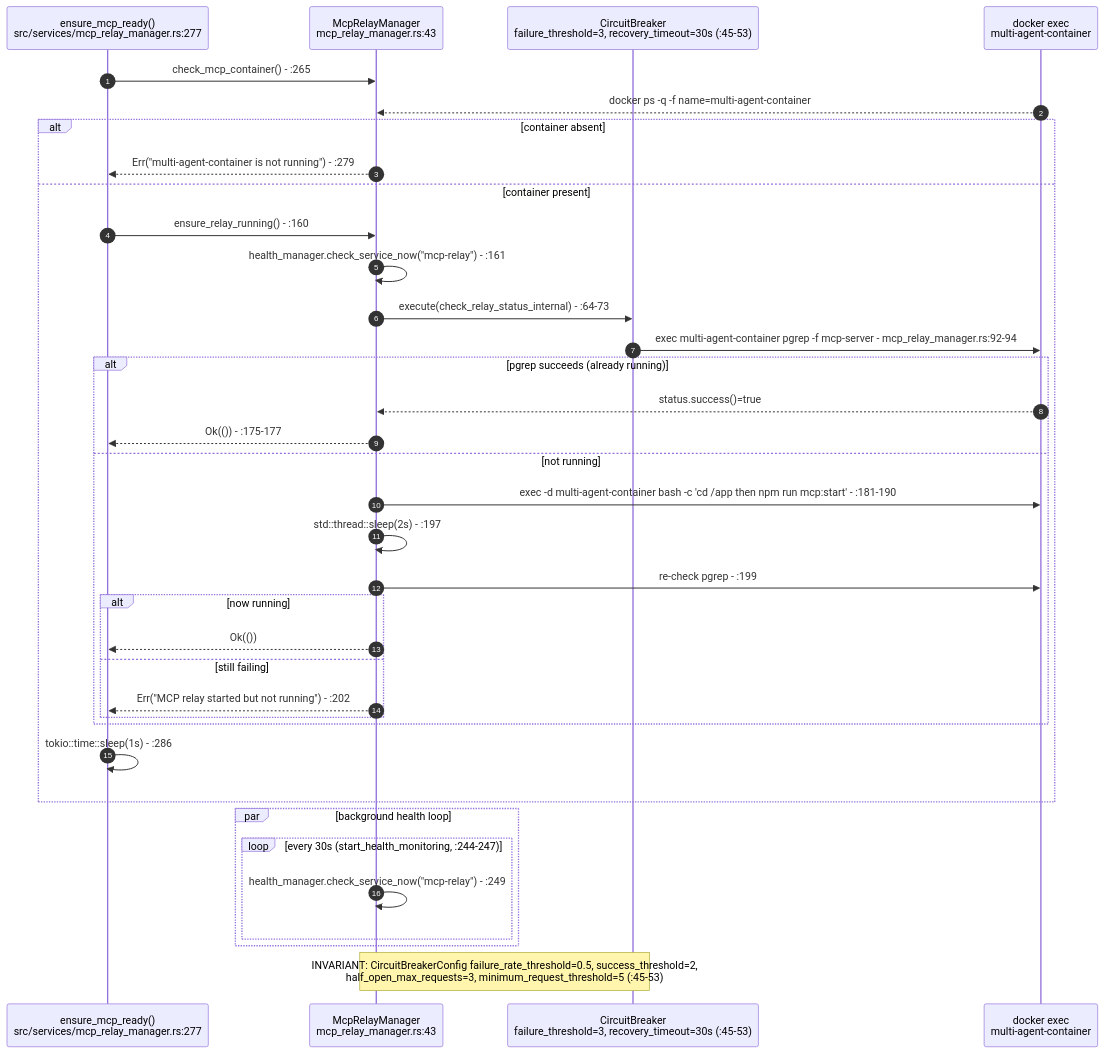
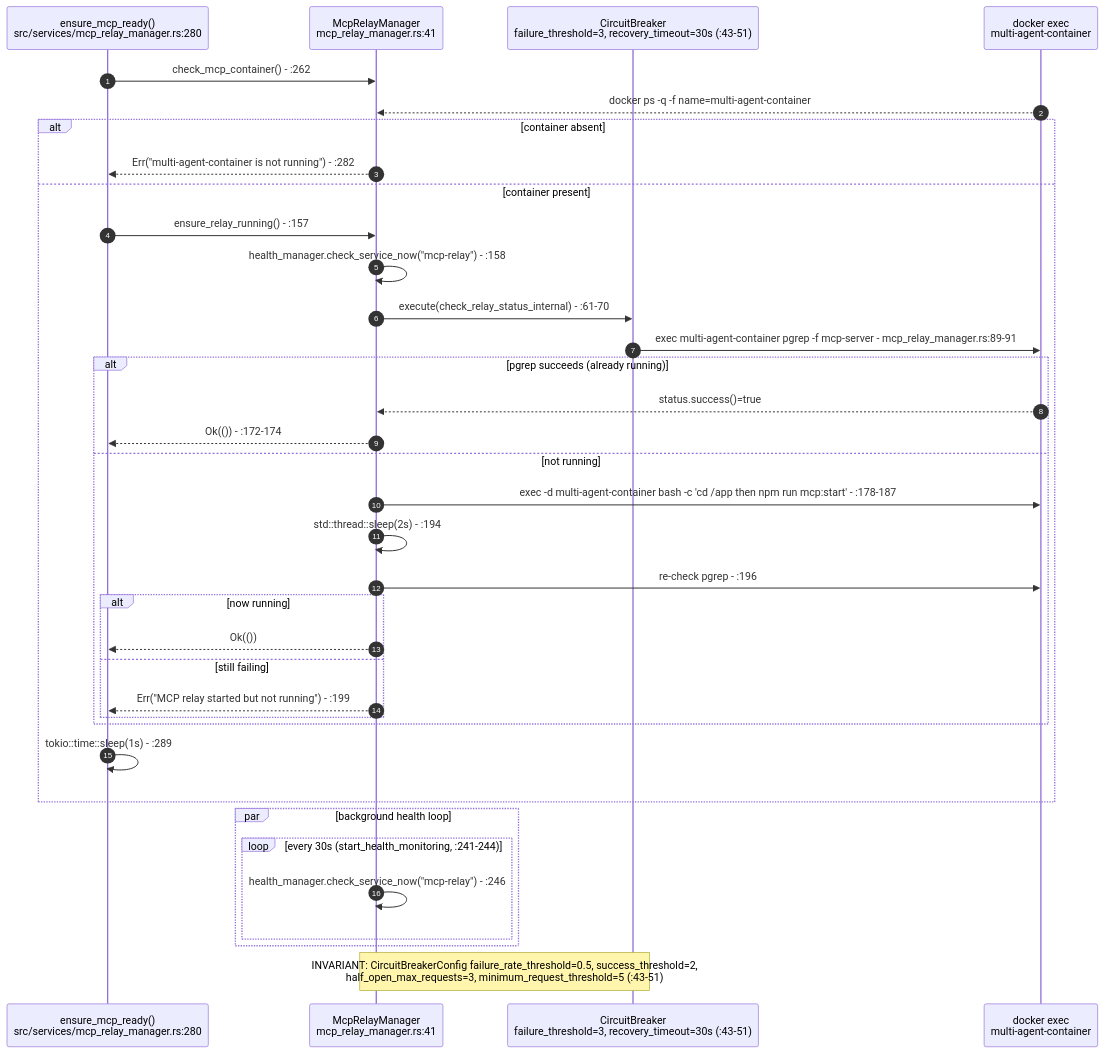
Before and after one commit to DreamLab-AI/VisionFlow: the second of 10 diagrams in docs/diagrams/visionclaw/27-agent-integration-mcp-relay.md, drawn with Mermaid. The commit also changed other lines of this file and 8 other files, not shown here.

Commit message:
docs(diagrams): multi-MCP discovery is real; re-stamp visionclaw 01/03/05/09/27 and estate/02

````diff
--- a/docs/diagrams/visionclaw/27-agent-integration-mcp-relay.md
+++ b/docs/diagrams/visionclaw/27-agent-integration-mcp-relay.md
@@ -75,39 +75,39 @@
 ```mermaid
 sequenceDiagram
     autonumber
-    participant Caller as ensure_mcp_ready()<br/>src/services/mcp_relay_manager.rs:277
-    participant MRM as McpRelayManager<br/>mcp_relay_manager.rs:43
-    participant CB as CircuitBreaker<br/>failure_threshold=3, recovery_timeout=30s (:45-53)
+    participant Caller as ensure_mcp_ready()<br/>src/services/mcp_relay_manager.rs:280
+    participant MRM as McpRelayManager<br/>mcp_relay_manager.rs:41
+    participant CB as CircuitBreaker<br/>failure_threshold=3, recovery_timeout=30s (:43-51)
     participant Docker as docker exec<br/>multi-agent-container
 
-    Caller->>MRM: check_mcp_container() - :265
+    Caller->>MRM: check_mcp_container() - :262
     Docker-->>MRM: docker ps -q -f name=multi-agent-container
     alt container absent
-        MRM-->>Caller: Err("multi-agent-container is not running") - :279
+        MRM-->>Caller: Err("multi-agent-container is not running") - :282
     else container present
-        Caller->>MRM: ensure_relay_running() - :160
-        MRM->>MRM: health_manager.check_service_now("mcp-relay") - :161
-        MRM->>CB: execute(check_relay_status_internal) - :64-73
-        CB->>Docker: exec multi-agent-container pgrep -f mcp-server - mcp_relay_manager.rs:92-94
+        Caller->>MRM: ensure_relay_running() - :157
+        MRM->>MRM: health_manager.check_service_now("mcp-relay") - :158
+        MRM->>CB: execute(check_relay_status_internal) - :61-70
+        CB->>Docker: exec multi-agent-container pgrep -f mcp-server - mcp_relay_manager.rs:89-91
         alt pgrep succeeds (already running)
             Docker-->>MRM: status.success()=true
-            MRM-->>Caller: Ok(()) - :175-177
+            MRM-->>Caller: Ok(()) - :172-174
         else not running
-            MRM->>Docker: exec -d multi-agent-container bash -c 'cd /app then npm run mcp:start' - :181-190
-            MRM->>MRM: std::thread::sleep(2s) - :197
-            MRM->>Docker: re-check pgrep - :199
+            MRM->>Docker: exec -d multi-agent-container bash -c 'cd /app then npm run mcp:start' - :178-187
+            MRM->>MRM: std::thread::sleep(2s) - :194
+            MRM->>Docker: re-check pgrep - :196
             alt now running
                 MRM-->>Caller: Ok(())
             else still failing
-                MRM-->>Caller: Err("MCP relay started but not running") - :202
+                MRM-->>Caller: Err("MCP relay started but not running") - :199
             end
         end
-        Caller->>Caller: tokio::time::sleep(1s) - :286
+        Caller->>Caller: tokio::time::sleep(1s) - :289
     end
     par background health loop
-        loop every 30s (start_health_monitoring, :244-247)
-            MRM->>MRM: health_manager.check_service_now("mcp-relay") - :249
+        loop every 30s (start_health_monitoring, :241-244)
+            MRM->>MRM: health_manager.check_service_now("mcp-relay") - :246
         end
     end
-    Note over MRM,CB: INVARIANT: CircuitBreakerConfig failure_rate_threshold=0.5, success_threshold=2,<br/>half_open_max_requests=3, minimum_request_threshold=5 (:45-53)
+    Note over MRM,CB: INVARIANT: CircuitBreakerConfig failure_rate_threshold=0.5, success_threshold=2,<br/>half_open_max_requests=3, minimum_request_threshold=5 (:43-51)
 ```
````
